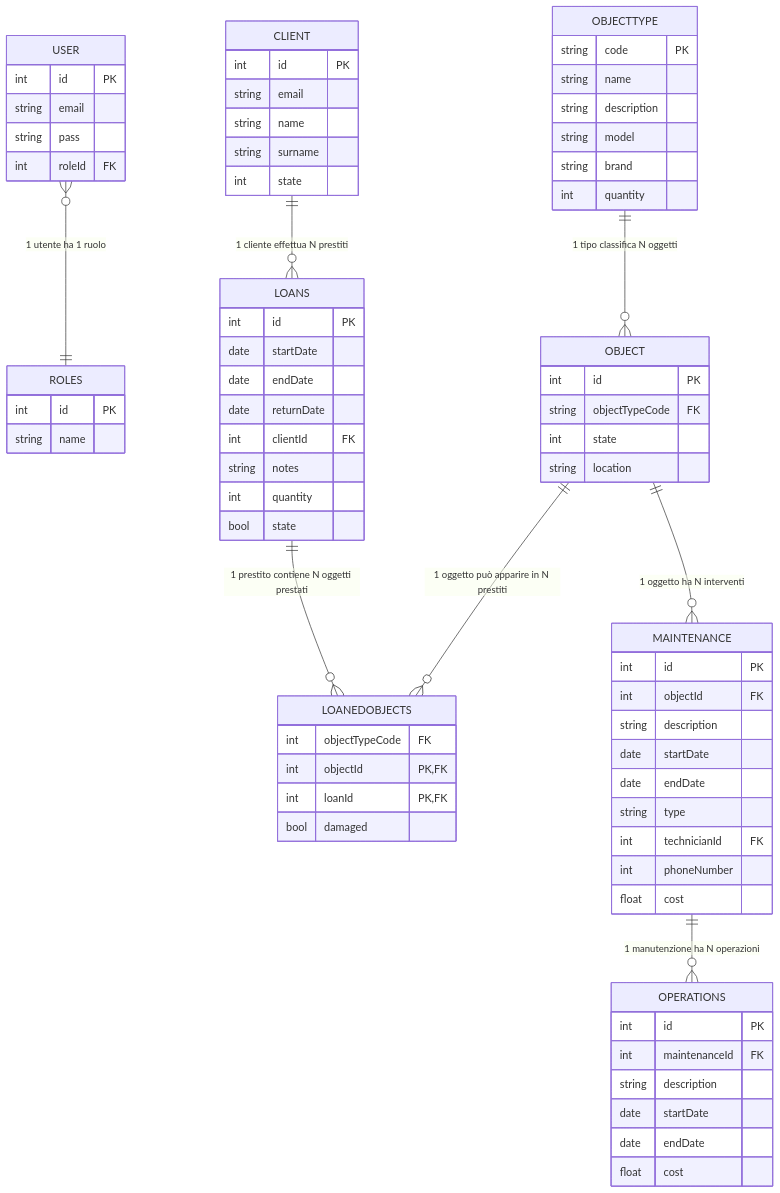
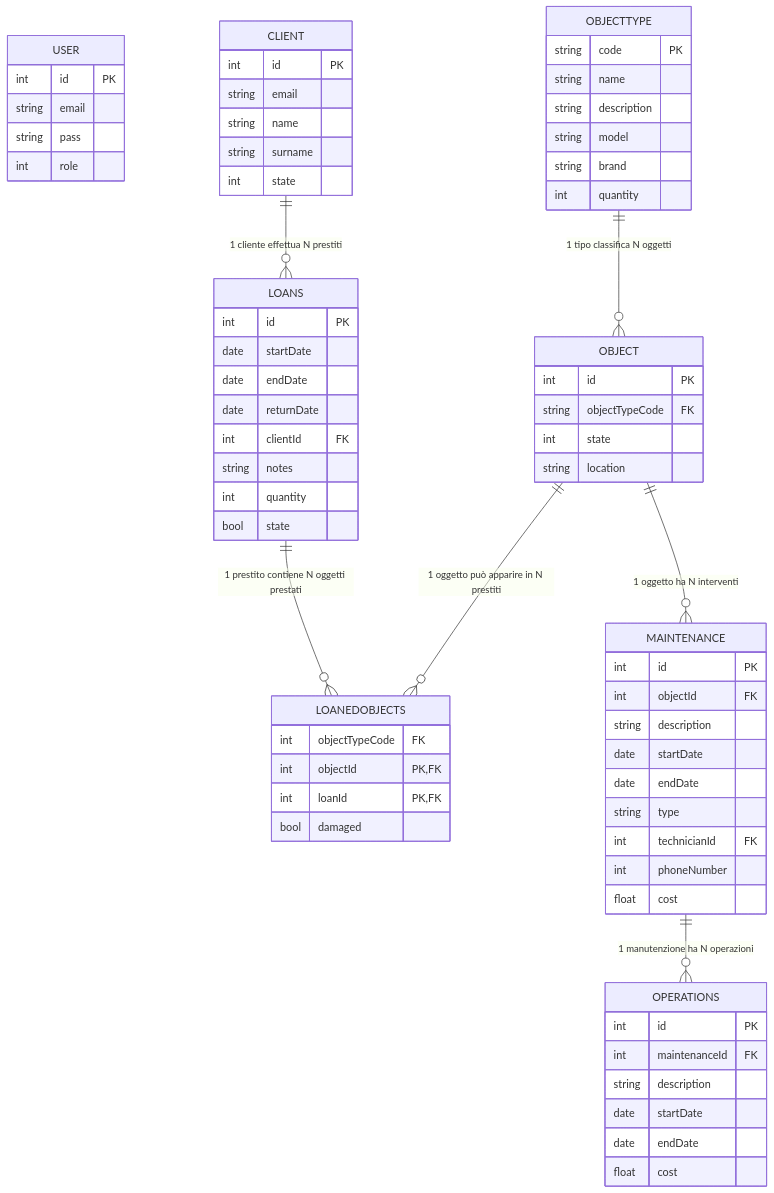
One commit to GalloFrancesco04/lab-inventory changed the diagram in docs/db.mmd. Above: the diagram before and after it, drawn with Mermaid. The commit also changed 1 other file, not shown here.

Commit message:
chore: removed the roles tables from db

```diff
--- a/docs/db.mmd
+++ b/docs/db.mmd
@@ -1,92 +1,85 @@
 erDiagram
 
     USER {
         int id PK
         string email
         string pass
-        int roleId FK
+        int role
     }
 
     CLIENT {
         int id PK
         string email
         string name
         string surname
         int state
-    }
-
-    ROLES{
-        int id PK
-        string name
     }
 
     OBJECT {
         int id PK
         string objectTypeCode FK
         int state
         string location
     }
 
     OBJECTTYPE {
         string code PK
         string name
         string description
         string model
         string brand
         int quantity
     }
 
     LOANS {
         int id PK
         date startDate
         date endDate
         date returnDate
         int clientId FK
         string notes
         int quantity
         bool state
     }
 
     LOANEDOBJECTS {
         int objectTypeCode FK
         int objectId PK, FK
         int loanId PK, FK
         bool damaged
     }
 
     MAINTENANCE {
         int id PK
         int objectId FK
         string description
         date startDate
         date endDate
         string type
         int technicianId FK
         int phoneNumber
         float cost
     }
 
      OPERATIONS{
         int id PK
         int maintenanceId FK
         string description
         date startDate
         date endDate
         float cost
      }
 
     %% RELAZIONI CON CARDINALITÀ FORMALI
 
     CLIENT ||--o{ LOANS : "1 cliente effettua N prestiti"
 
     LOANS ||--o{ LOANEDOBJECTS : "1 prestito contiene N oggetti prestati"
 
     OBJECTTYPE ||--o{ OBJECT : "1 tipo classifica N oggetti"
 
     OBJECT ||--o{ LOANEDOBJECTS : "1 oggetto può apparire in N prestiti"
 
     OBJECT ||--o{ MAINTENANCE : "1 oggetto ha N interventi"
 
     MAINTENANCE || --o{ OPERATIONS : "1 manutenzione ha N operazioni"
-
-    USER }o--|| ROLES : "1 utente ha 1 ruolo"
```
